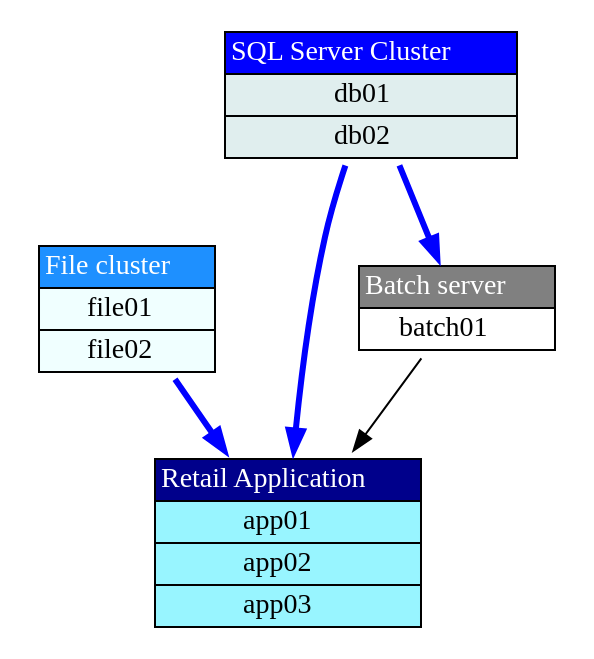
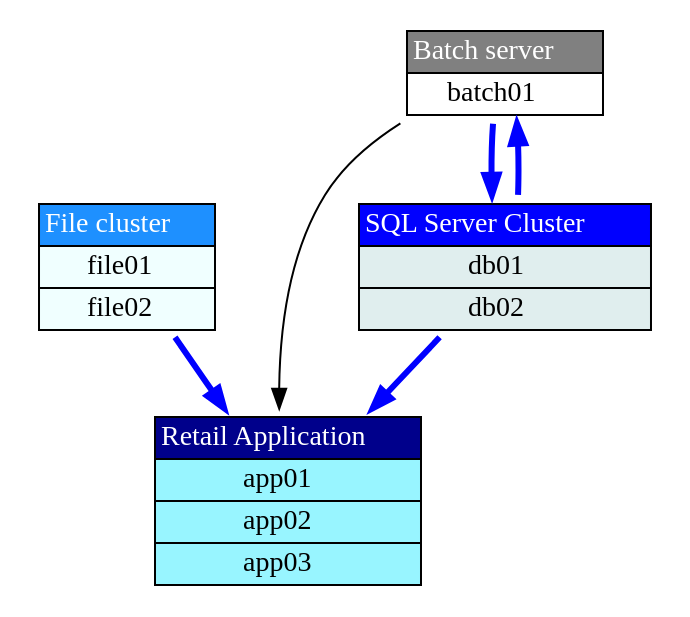
Before and after one commit to Kimbahir/ServiceTree: the diagram in output/output.gv, drawn with Graphviz. The commit also changed 7 other files, not shown here.

```diff
--- a/output/output.gv
+++ b/output/output.gv
@@ -1,13 +1,14 @@
 // MyTree
 digraph {
 	rankdir=TB
 	shape=circle
-	retail [label=<<table border="0" cellspacing="0"><tr><td port="port0" border="1" bgcolor="blue4"><font color="white">Retail Application</font></td></tr><tr><td port="port1" border="1" bgcolor="cadetblue1"><font color="black">app01</font></td></tr><tr><td port="port2" border="1" bgcolor="cadetblue1"><font color="black">app02</font></td></tr><tr><td port="port3" border="1" bgcolor="cadetblue1"><font color="black">app03</font></td></tr></table>> URL="http://morticia.dk" shape=none]
-	fileservice [label=<<table border="0" cellspacing="0"><tr><td port="port0" border="1" bgcolor="dodgerblue1"><font color="white">File cluster</font></td></tr><tr><td port="port1" border="1" bgcolor="azure"><font color="black">file01</font></td></tr><tr><td port="port2" border="1" bgcolor="azure"><font color="black">file02</font></td></tr></table>> URL="http://morticia.dk" shape=none]
-	batchservice [label=<<table border="0" cellspacing="0"><tr><td port="port0" border="1" bgcolor="grey"><font color="white">Batch server</font></td></tr><tr><td port="port1" border="1" bgcolor="white"><font color="black">batch01</font></td></tr></table>> URL="http://morticia.dk" shape=none]
-	dbcluster [label=<<table border="0" cellspacing="0"><tr><td port="port0" border="1" bgcolor="blue"><font color="white">SQL Server Cluster</font></td></tr><tr><td port="port1" border="1" bgcolor="azure2"><font color="black">db01</font></td></tr><tr><td port="port2" border="1" bgcolor="azure2"><font color="black">db02</font></td></tr></table>> URL="http://morticia.dk" shape=none]
+	retail [label=<<table border="0" cellspacing="0"><tr><td port="port0" border="1" bgcolor="blue4"><font color="white">Retail Application</font></td></tr><tr><td port="port1" border="1" bgcolor="cadetblue1"><font color="black">app01</font></td></tr><tr><td port="port2" border="1" bgcolor="cadetblue1"><font color="black">app02</font></td></tr><tr><td port="port3" border="1" bgcolor="cadetblue1"><font color="black">app03</font></td></tr></table>> URL="https://github.com/Kimbahir/ServiceTree" shape=none]
+	fileservice [label=<<table border="0" cellspacing="0"><tr><td port="port0" border="1" bgcolor="dodgerblue1"><font color="white">File cluster</font></td></tr><tr><td port="port1" border="1" bgcolor="azure"><font color="black">file01</font></td></tr><tr><td port="port2" border="1" bgcolor="azure"><font color="black">file02</font></td></tr></table>> URL="https://github.com/Kimbahir/ServiceTree" shape=none]
+	batchservice [label=<<table border="0" cellspacing="0"><tr><td port="port0" border="1" bgcolor="grey"><font color="white">Batch server</font></td></tr><tr><td port="port1" border="1" bgcolor="white"><font color="black">batch01</font></td></tr></table>> URL="https://github.com/Kimbahir/ServiceTree" shape=none]
+	dbcluster [label=<<table border="0" cellspacing="0"><tr><td port="port0" border="1" bgcolor="blue"><font color="white">SQL Server Cluster</font></td></tr><tr><td port="port1" border="1" bgcolor="azure2"><font color="black">db01</font></td></tr><tr><td port="port2" border="1" bgcolor="azure2"><font color="black">db02</font></td></tr></table>> URL="https://github.com/Kimbahir/ServiceTree" shape=none]
 	dbcluster -> retail [color=blue penwidth=3.0]
+	batchservice -> dbcluster [color=blue penwidth=3.0]
 	dbcluster -> batchservice [color=blue penwidth=3.0]
 	fileservice -> retail [color=blue penwidth=3.0]
 	batchservice -> retail
 }
```
